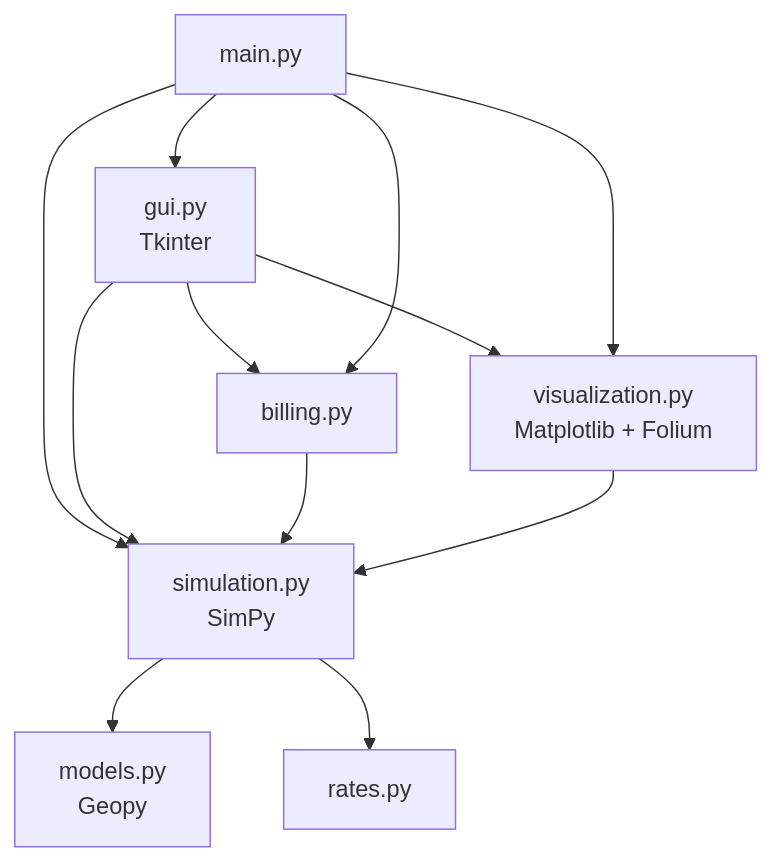
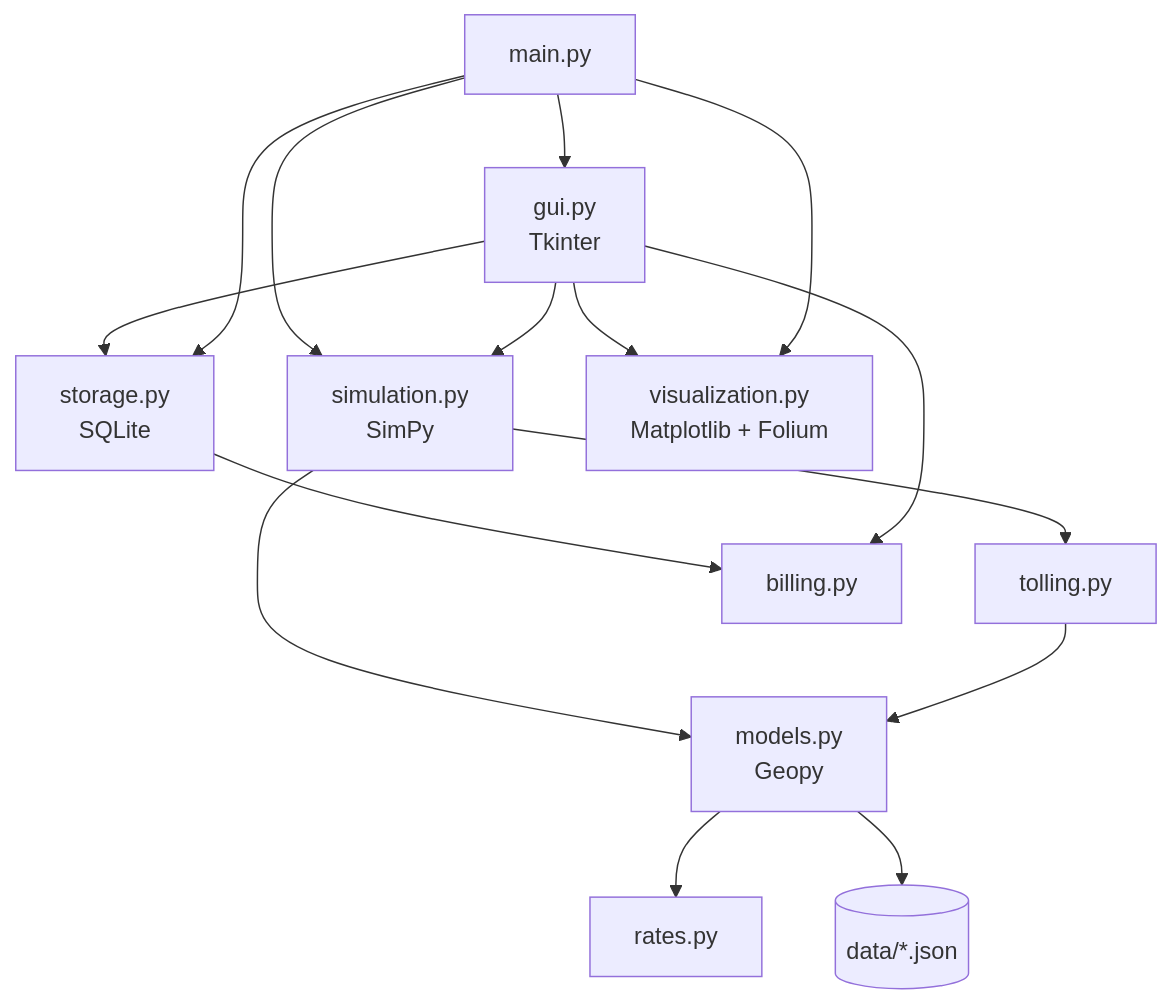
One commit to Kes2003/gps-toll-system changed the second of 2 diagrams in README.md. Above: the diagram before and after it, drawn with Mermaid. The commit also changed other lines of this file and 27 other files, not shown here.

````diff
--- a/README.md
+++ b/README.md
@@ -227,14 +324,17 @@
 ```mermaid
 flowchart TD
     main[main.py] --> gui[gui.py<br/>Tkinter]
     main --> sim
     gui --> sim[simulation.py<br/>SimPy]
-    gui --> bill[billing.py]
+    gui --> store[storage.py<br/>SQLite]
     gui --> vis[visualization.py<br/>Matplotlib + Folium]
-    main --> bill
+    main --> store
     main --> vis
+    sim --> toll[tolling.py]
     sim --> models[models.py<br/>Geopy]
-    sim --> rates[rates.py]
-    bill --> sim
-    vis --> sim
+    toll --> models
+    models --> rates[rates.py]
+    store --> bill[billing.py]
+    gui --> bill
+    models --> data[("data/*.json")]
 ```
````
